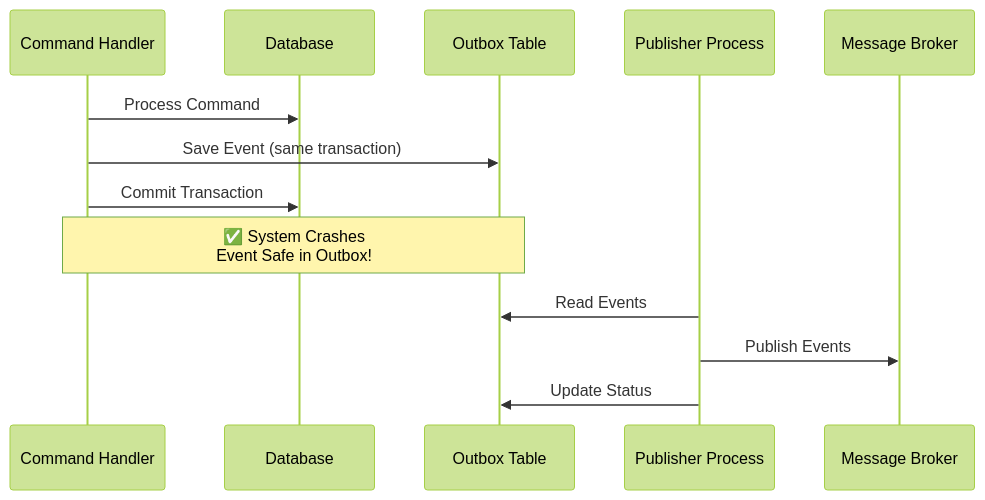
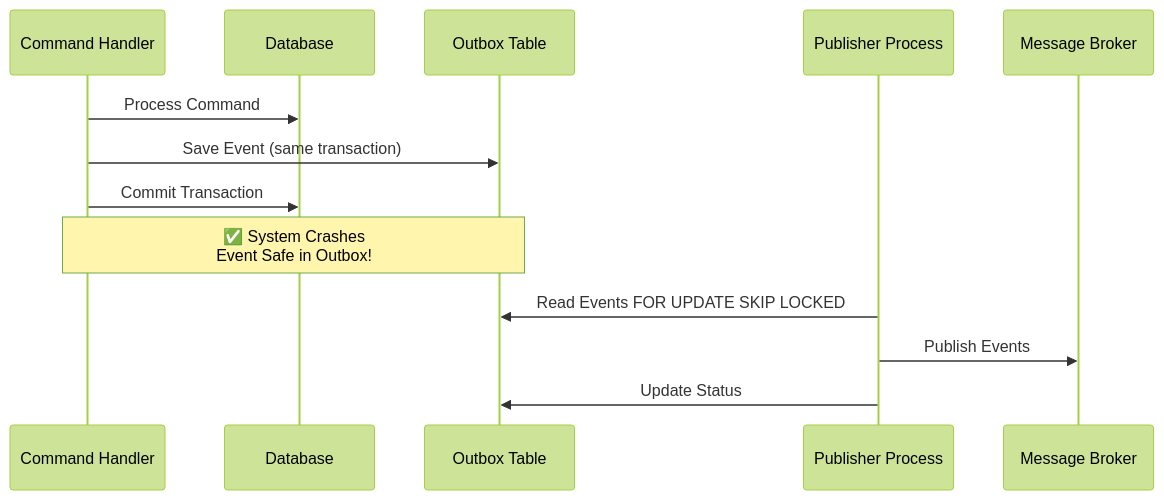
The second of 4 diagrams in docs/outbox/index.md (pypatterns/python-cqrs-mkdocs), drawn with Mermaid (forest theme) before and after one commit. The commit also changed other lines of this file and 5 other files, not shown here.

````diff
--- a/docs/outbox/index.md
+++ b/docs/outbox/index.md
@@ -87,17 +87,17 @@
 ```mermaid
 sequenceDiagram
     participant Handler as Command Handler
     participant DB as Database
     participant Outbox as Outbox Table
     participant Publisher as Publisher Process
     participant Broker as Message Broker
     
     Handler->>DB: Process Command
     Handler->>Outbox: Save Event (same transaction)
     Handler->>DB: Commit Transaction
     Note over Handler,Outbox: ✅ System Crashes<br/>Event Safe in Outbox!
     
-    Publisher->>Outbox: Read Events
+    Publisher->>Outbox: Read Events FOR UPDATE SKIP LOCKED
     Publisher->>Broker: Publish Events
     Publisher->>Outbox: Update Status
 ```
````
